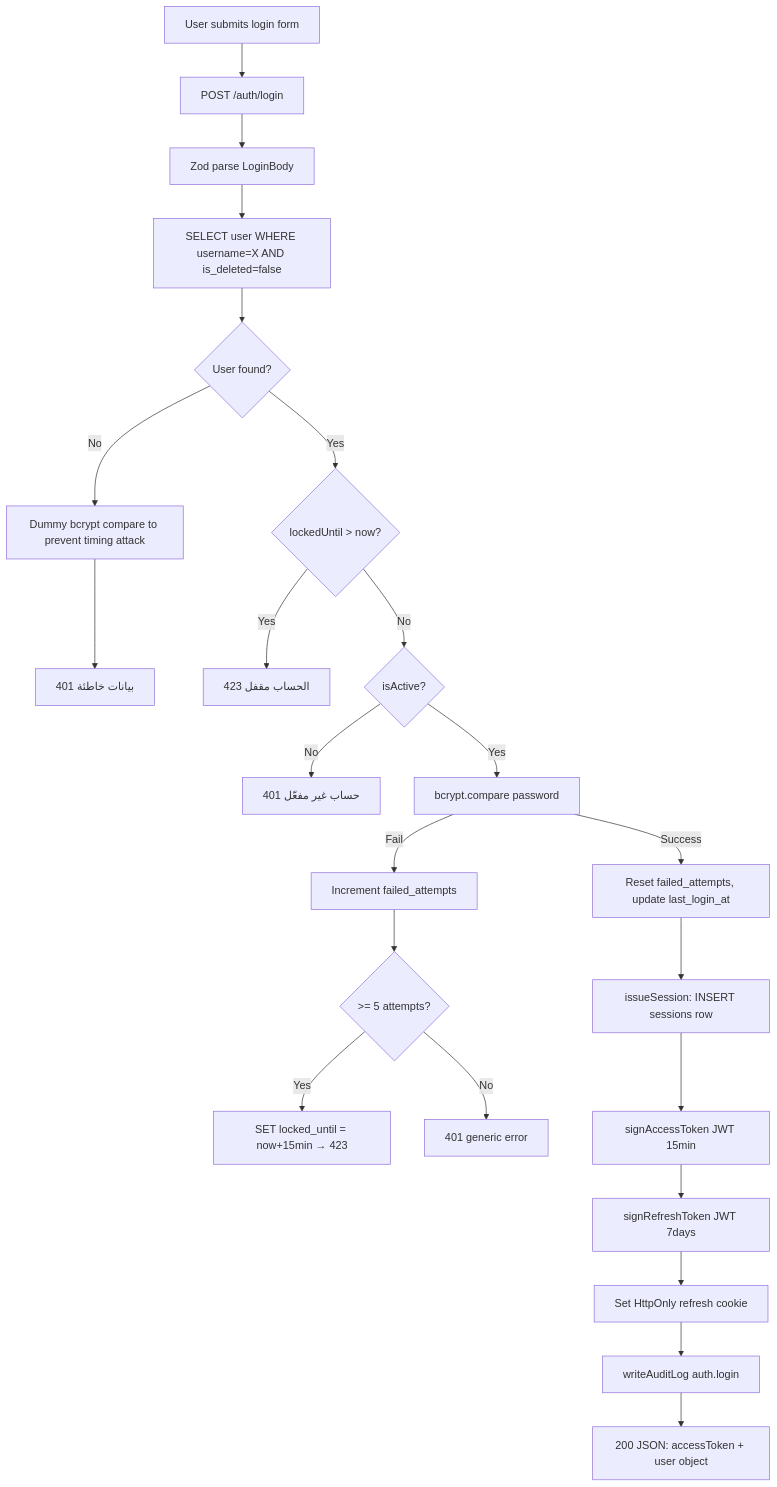
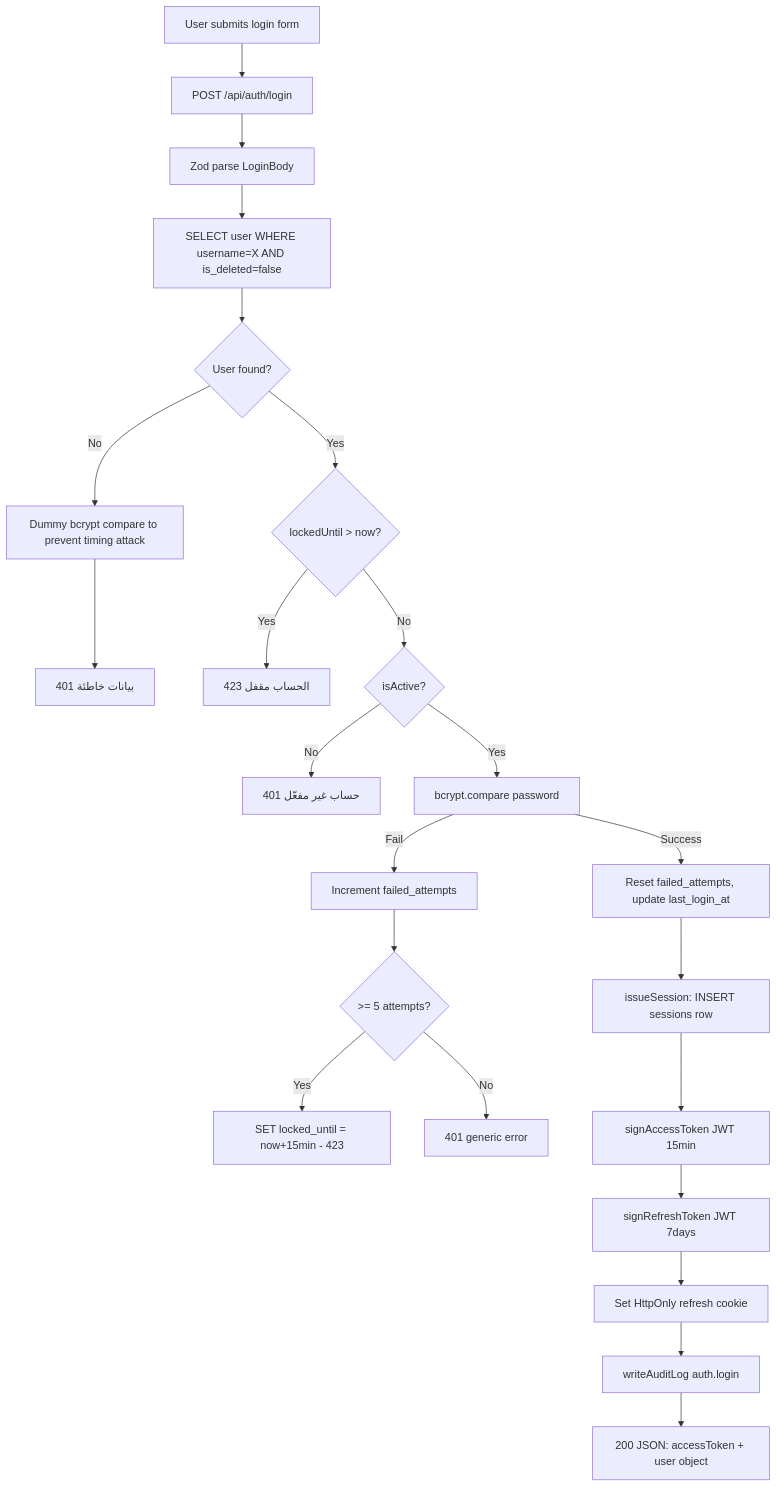
One commit to alydesouki/ERP changed the second of 11 diagrams in documentation/Code-Flow.md. Above: the diagram before and after it, drawn with Mermaid. The commit also changed other lines of this file and 10 other files, not shown here.

````diff
--- a/documentation/Code-Flow.md
+++ b/documentation/Code-Flow.md
@@ -59,25 +59,25 @@
 ```mermaid
 flowchart TD
-    A[User submits login form] --> B[POST /auth/login]
+    A[User submits login form] --> B[POST /api/auth/login]
     B --> C[Zod parse LoginBody]
     C --> D[SELECT user WHERE username=X AND is_deleted=false]
     D --> E{User found?}
     E -->|No| F[Dummy bcrypt compare to prevent timing attack]
     F --> G[401 بيانات خاطئة]
     E -->|Yes| H{lockedUntil > now?}
     H -->|Yes| I[423 الحساب مقفل]
     H -->|No| J{isActive?}
     J -->|No| K[401 حساب غير مفعّل]
     J -->|Yes| L[bcrypt.compare password]
     L -->|Fail| M[Increment failed_attempts]
     M --> N{>= 5 attempts?}
-    N -->|Yes| O[SET locked_until = now+15min → 423]
+    N -->|Yes| O[SET locked_until = now+15min - 423]
     N -->|No| P[401 generic error]
     L -->|Success| Q[Reset failed_attempts, update last_login_at]
     Q --> R[issueSession: INSERT sessions row]
     R --> S[signAccessToken JWT 15min]
     S --> T[signRefreshToken JWT 7days]
     T --> U[Set HttpOnly refresh cookie]
     U --> V[writeAuditLog auth.login]
     V --> W[200 JSON: accessToken + user object]
 ```
````
